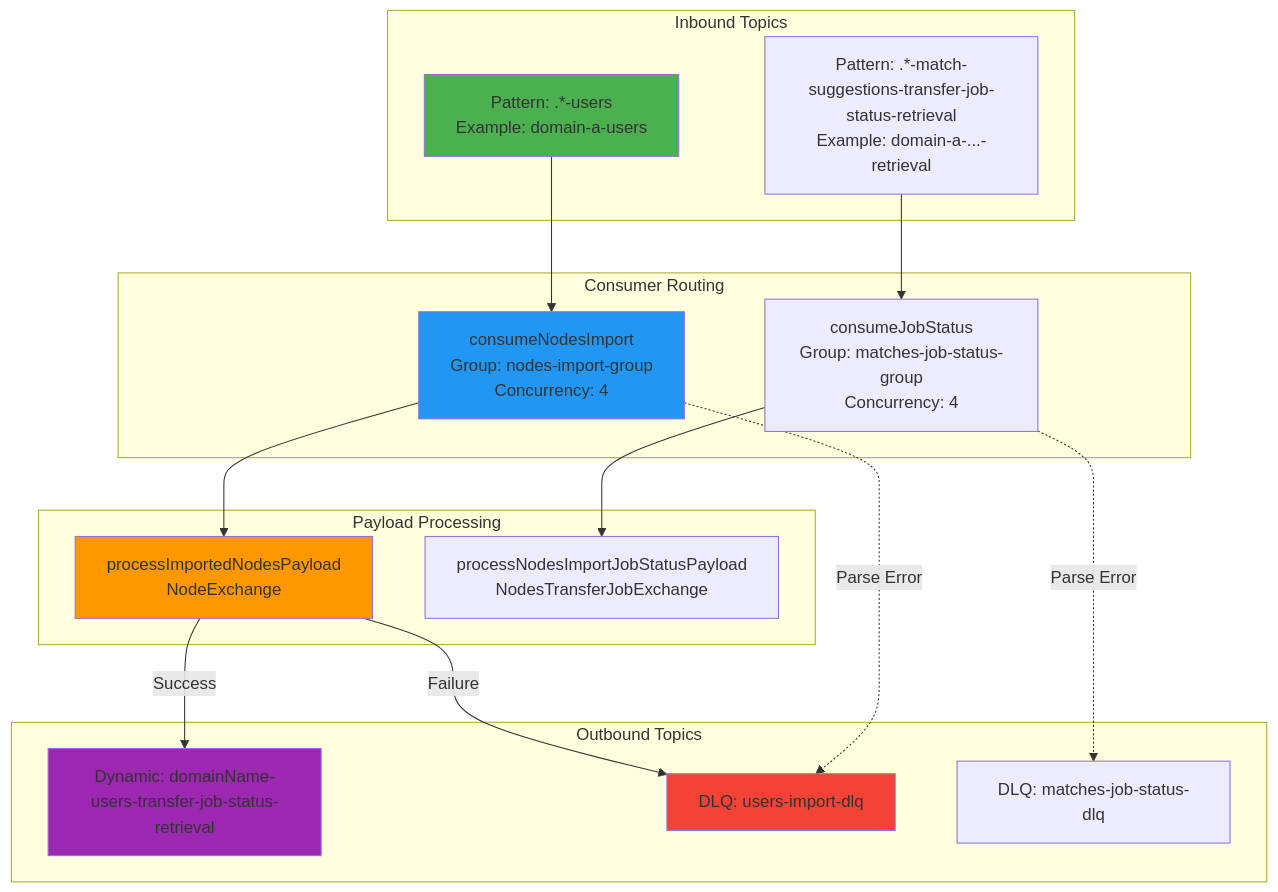
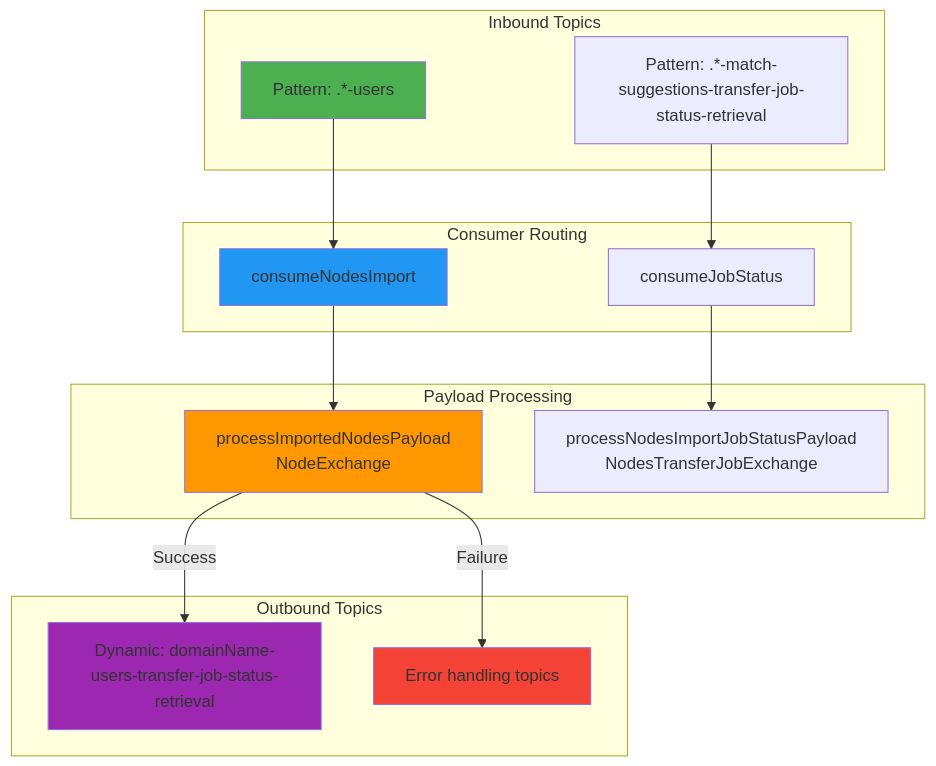
Before and after one commit to kagit00/schedule_x: diagram 14 of 27 in docs/Low Level Designs/NodesImport.md, drawn with Mermaid. The commit also changed other lines of this file and 7 other files, not shown here.

````diff
--- a/docs/Low Level Designs/NodesImport.md
+++ b/docs/Low Level Designs/NodesImport.md
@@ -719,41 +625,37 @@
 ```mermaid
 graph TB
     subgraph "Inbound Topics"
-        T1[Pattern: .*-users<br/>Example: domain-a-users]
-        T2[Pattern: .*-match-suggestions-transfer-job-status-retrieval<br/>Example: domain-a-...-retrieval]
+        T1[Pattern: .*-users]
+        T2[Pattern: .*-match-suggestions-transfer-job-status-retrieval]
     end
     
     subgraph "Consumer Routing"
-        C1[consumeNodesImport<br/>Group: nodes-import-group<br/>Concurrency: 4]
-        C2[consumeJobStatus<br/>Group: matches-job-status-group<br/>Concurrency: 4]
+        C1[consumeNodesImport]
+        C2[consumeJobStatus]
     end
     
     subgraph "Payload Processing"
         P1[processImportedNodesPayload<br/>NodeExchange]
         P2[processNodesImportJobStatusPayload<br/>NodesTransferJobExchange]
     end
     
     subgraph "Outbound Topics"
         O1[Dynamic: domainName-users-transfer-job-status-retrieval]
-        O2[DLQ: users-import-dlq]
-        O3[DLQ: matches-job-status-dlq]
+        O2[Error handling topics]
     end
     
     T1 --> C1
     T2 --> C2
     
     C1 --> P1
     C2 --> P2
     
     P1 -->|Success| O1
     P1 -->|Failure| O2
     
-    C1 -.->|Parse Error| O2
-    C2 -.->|Parse Error| O3
-    
     style T1 fill:#4CAF50
     style C1 fill:#2196F3
     style P1 fill:#FF9800
     style O1 fill:#9C27B0
     style O2 fill:#F44336
 ```
````
